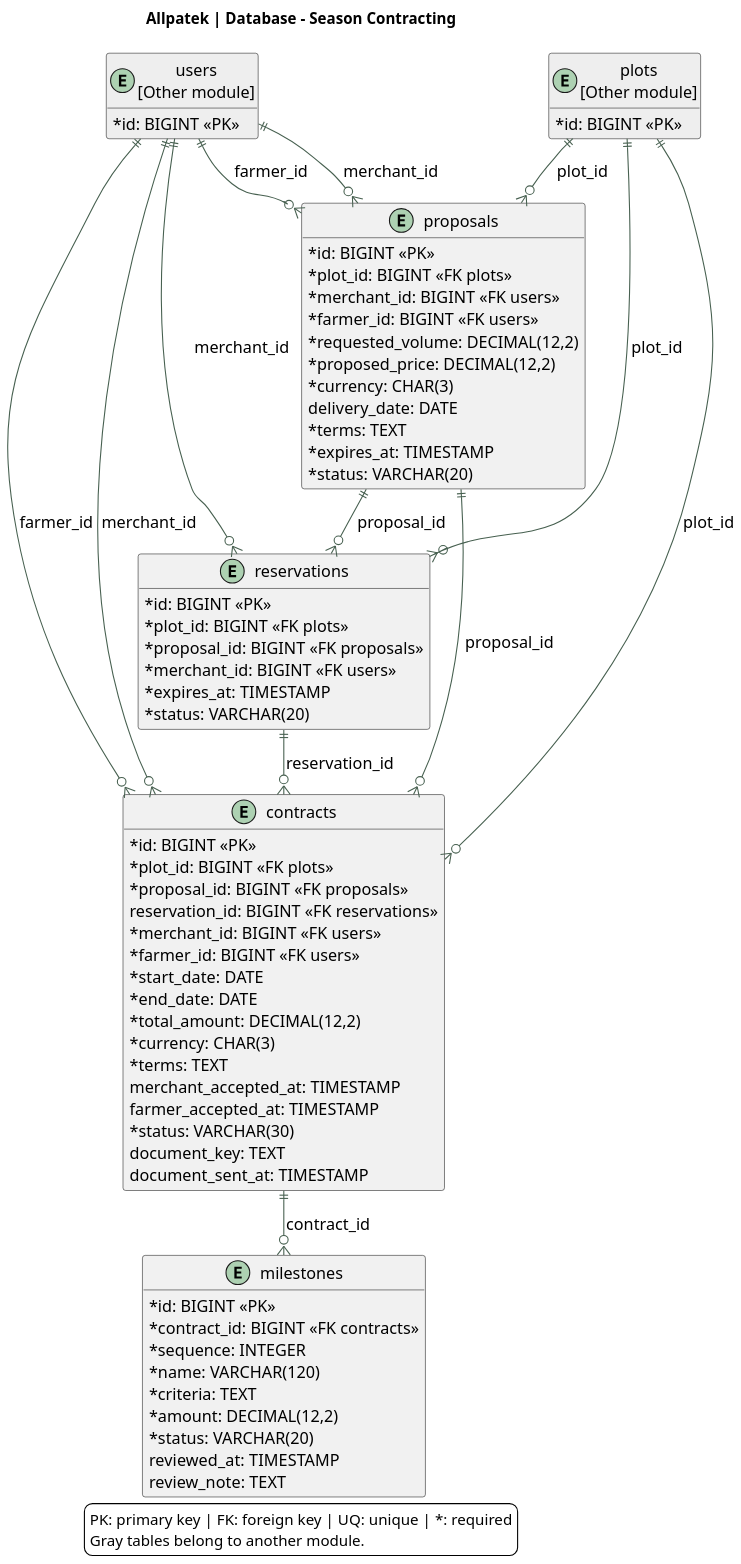
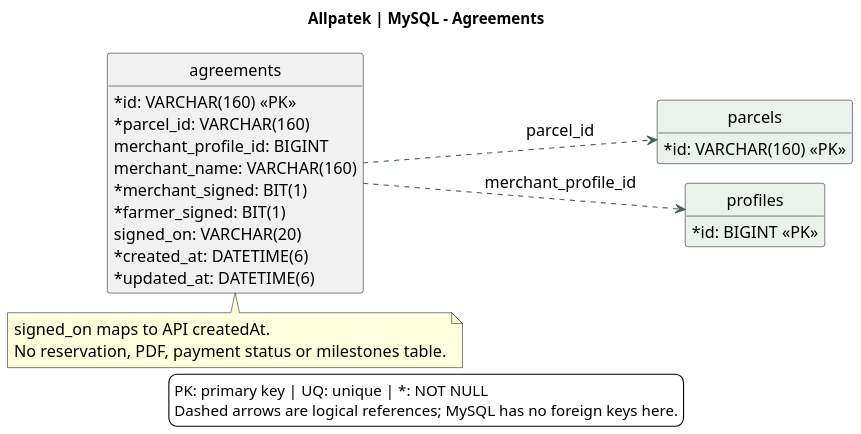
Before and after one commit to upc-pre-202620-1asi0729-7753-Terranova/allpatek-report: the diagram in assets/chapter-04/architecture/15-database-contracts.puml, drawn with PlantUML. The commit also changed 58 other files, not shown here.

Commit message:
docs(report): align architecture diagrams and flows with implementation

```diff
--- a/assets/chapter-04/architecture/15-database-contracts.puml
+++ b/assets/chapter-04/architecture/15-database-contracts.puml
@@ -1,85 +1,41 @@
 @startuml
 !pragma layout smetana
 skinparam backgroundColor white
 skinparam defaultFontName SansSerif
 skinparam defaultFontSize 15
 skinparam shadowing false
 skinparam classAttributeIconSize 0
 skinparam ArrowColor #476050
 skinparam dpi 140
-title Allpatek | Database - Season Contracting
-top to bottom direction
 hide methods
-entity "proposals" as proposals {
- {field} * id: BIGINT <<PK>>
- {field} * plot_id: BIGINT <<FK plots>>
- {field} * merchant_id: BIGINT <<FK users>>
- {field} * farmer_id: BIGINT <<FK users>>
- {field} * requested_volume: DECIMAL(12,2)
- {field} * proposed_price: DECIMAL(12,2)
- {field} * currency: CHAR(3)
- {field} delivery_date: DATE
- {field} * terms: TEXT
- {field} * expires_at: TIMESTAMP
- {field} * status: VARCHAR(20)
+hide circle
+title Allpatek | MySQL - Agreements
+left to right direction
+entity "agreements" as agreement {
+  {field} * id: VARCHAR(160) <<PK>>
+  {field} * parcel_id: VARCHAR(160)
+  {field} merchant_profile_id: BIGINT
+  {field} merchant_name: VARCHAR(160)
+  {field} * merchant_signed: BIT(1)
+  {field} * farmer_signed: BIT(1)
+  {field} signed_on: VARCHAR(20)
+  {field} * created_at: DATETIME(6)
+  {field} * updated_at: DATETIME(6)
 }
-entity "reservations" as reservations {
- {field} * id: BIGINT <<PK>>
- {field} * plot_id: BIGINT <<FK plots>>
- {field} * proposal_id: BIGINT <<FK proposals>>
- {field} * merchant_id: BIGINT <<FK users>>
- {field} * expires_at: TIMESTAMP
- {field} * status: VARCHAR(20)
+entity "parcels" as parcel #EAF2EB {
+  {field} * id: VARCHAR(160) <<PK>>
 }
-entity "contracts" as contracts {
- {field} * id: BIGINT <<PK>>
- {field} * plot_id: BIGINT <<FK plots>>
- {field} * proposal_id: BIGINT <<FK proposals>>
- {field} reservation_id: BIGINT <<FK reservations>>
- {field} * merchant_id: BIGINT <<FK users>>
- {field} * farmer_id: BIGINT <<FK users>>
- {field} * start_date: DATE
- {field} * end_date: DATE
- {field} * total_amount: DECIMAL(12,2)
- {field} * currency: CHAR(3)
- {field} * terms: TEXT
- {field} merchant_accepted_at: TIMESTAMP
- {field} farmer_accepted_at: TIMESTAMP
- {field} * status: VARCHAR(30)
- {field} document_key: TEXT
- {field} document_sent_at: TIMESTAMP
+entity "profiles" as profile #EAF2EB {
+  {field} * id: BIGINT <<PK>>
 }
-entity "milestones" as milestones {
- {field} * id: BIGINT <<PK>>
- {field} * contract_id: BIGINT <<FK contracts>>
- {field} * sequence: INTEGER
- {field} * name: VARCHAR(120)
- {field} * criteria: TEXT
- {field} * amount: DECIMAL(12,2)
- {field} * status: VARCHAR(20)
- {field} reviewed_at: TIMESTAMP
- {field} review_note: TEXT
-}
-entity "users\n[Other module]" as users #EEEEEE {
- * id: BIGINT <<PK>>
-}
-entity "plots\n[Other module]" as plots #EEEEEE {
- * id: BIGINT <<PK>>
-}
-plots ||--o{ proposals : plot_id
-plots ||--o{ reservations : plot_id
-plots ||--o{ contracts : plot_id
-users ||--o{ proposals : merchant_id
-users ||--o{ proposals : farmer_id
-users ||--o{ reservations : merchant_id
-users ||--o{ contracts : merchant_id
-users ||--o{ contracts : farmer_id
-proposals ||--o{ reservations : proposal_id
-proposals ||--o{ contracts : proposal_id
-reservations ||--o{ contracts : reservation_id
-contracts ||--o{ milestones : contract_id
+agreement ..> parcel : parcel_id
+agreement ..> profile : merchant_profile_id
+note bottom of agreement
+  signed_on maps to API createdAt.
+  No reservation, PDF, payment status or milestones table.
+end note
 legend bottom
-PK: primary key | FK: foreign key | UQ: unique | *: required
-Gray tables belong to another module.
+PK: primary key | UQ: unique | *: NOT NULL
+Dashed arrows are logical references; MySQL has no foreign keys here.
 endlegend
 @enduml
```
